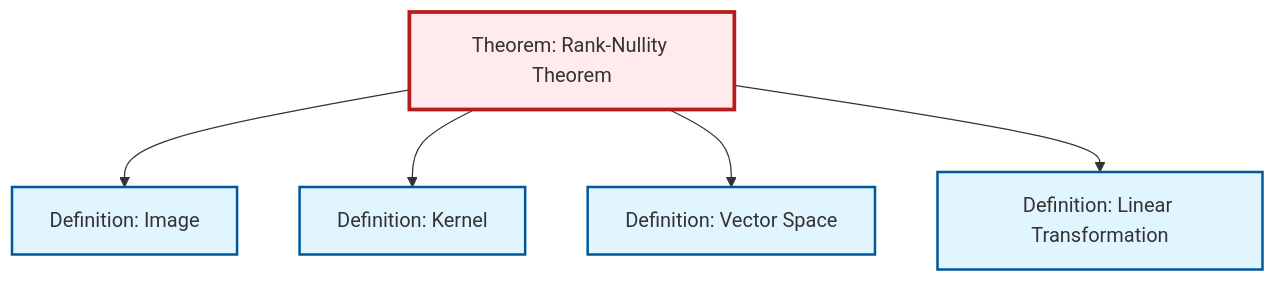
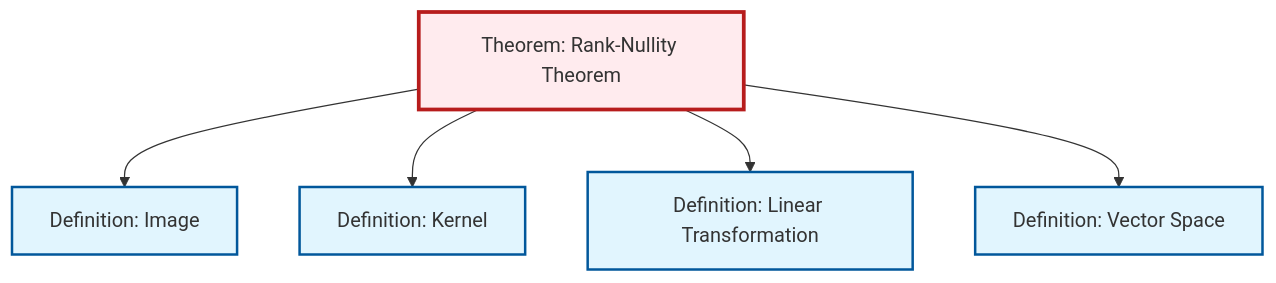
One commit to RK0429/ModernMath changed the diagram in content/ja/algebra/thm-rank-nullity.qmd. Above: the diagram before and after it, drawn with Mermaid. The commit also changed other lines of this file and 554 other files, not shown here.

````diff
--- a/content/ja/algebra/thm-rank-nullity.qmd
+++ b/content/ja/algebra/thm-rank-nullity.qmd
@@ -56,23 +56,23 @@
 ```{mermaid}
 %%| fig-cap: "Local dependency graph"
 graph TD
     classDef definition fill:#e1f5fe,stroke:#01579b,stroke-width:2px
     classDef theorem fill:#f3e5f5,stroke:#4a148c,stroke-width:2px
     classDef axiom fill:#fff3e0,stroke:#e65100,stroke-width:2px
     classDef example fill:#e8f5e9,stroke:#1b5e20,stroke-width:2px
     classDef current fill:#ffebee,stroke:#b71c1c,stroke-width:3px
+    def-vector-space["Definition: Vector Space"]:::definition
+    thm-rank-nullity["Theorem: Rank-Nullity Theorem"]:::theorem
+    def-kernel["Definition: Kernel"]:::definition
     def-image["Definition: Image"]:::definition
-    thm-rank-nullity["Theorem: Rank-Nullity Theorem"]:::theorem
     def-linear-transformation["Definition: Linear Transformation"]:::definition
-    def-vector-space["Definition: Vector Space"]:::definition
-    def-kernel["Definition: Kernel"]:::definition
     thm-rank-nullity --> def-image
     thm-rank-nullity --> def-kernel
+    thm-rank-nullity --> def-linear-transformation
     thm-rank-nullity --> def-vector-space
-    thm-rank-nullity --> def-linear-transformation
     class thm-rank-nullity current
+    click def-vector-space "def-vector-space.html" "Definition: Vector Spaceへ"
+    click def-kernel "def-kernel.html" "Definition: Kernelへ"
     click def-image "def-image.html" "Definition: Imageへ"
     click def-linear-transformation "def-linear-transformation.html" "Definition: Linear Transformationへ"
-    click def-vector-space "def-vector-space.html" "Definition: Vector Spaceへ"
-    click def-kernel "def-kernel.html" "Definition: Kernelへ"
 ```
````
